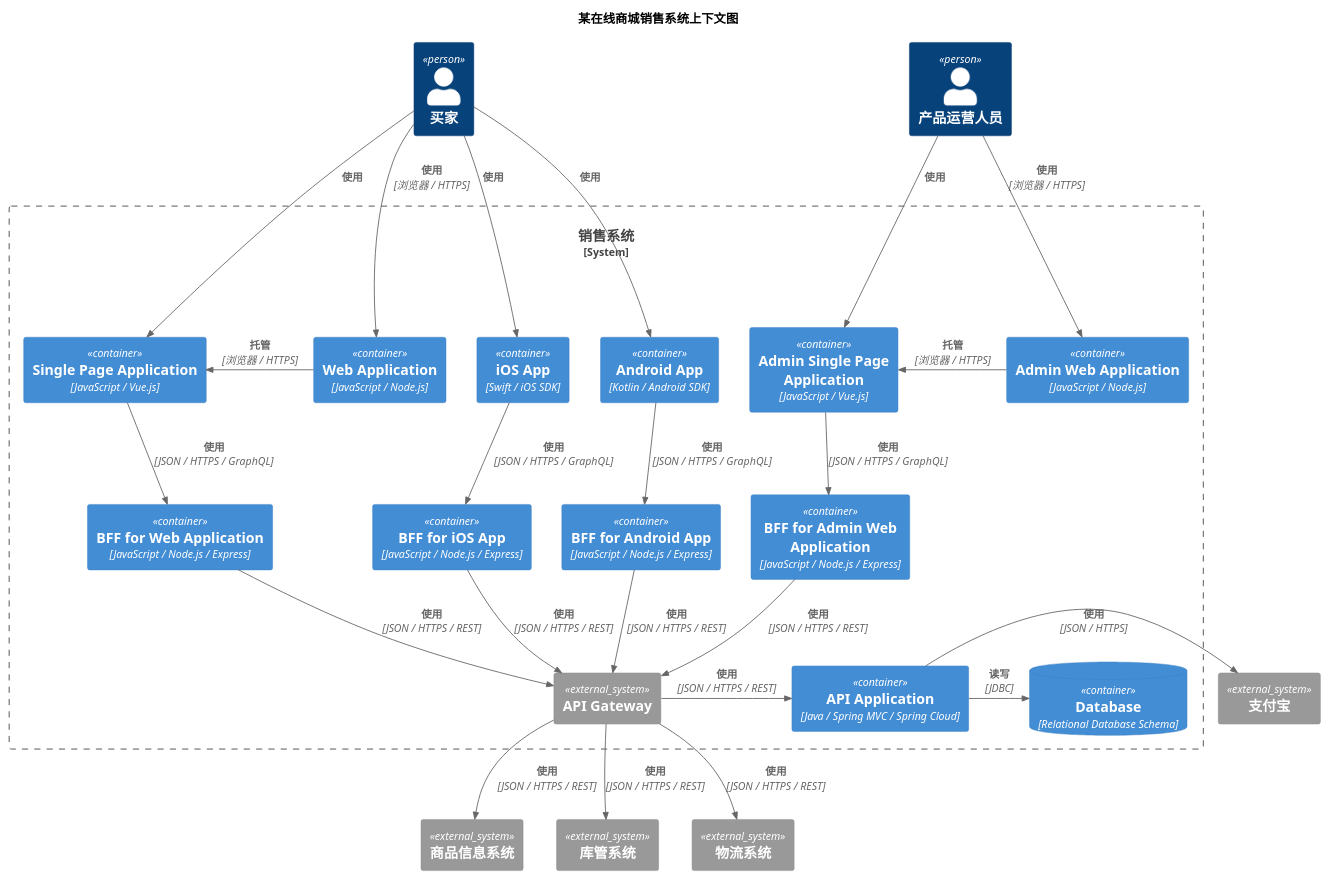
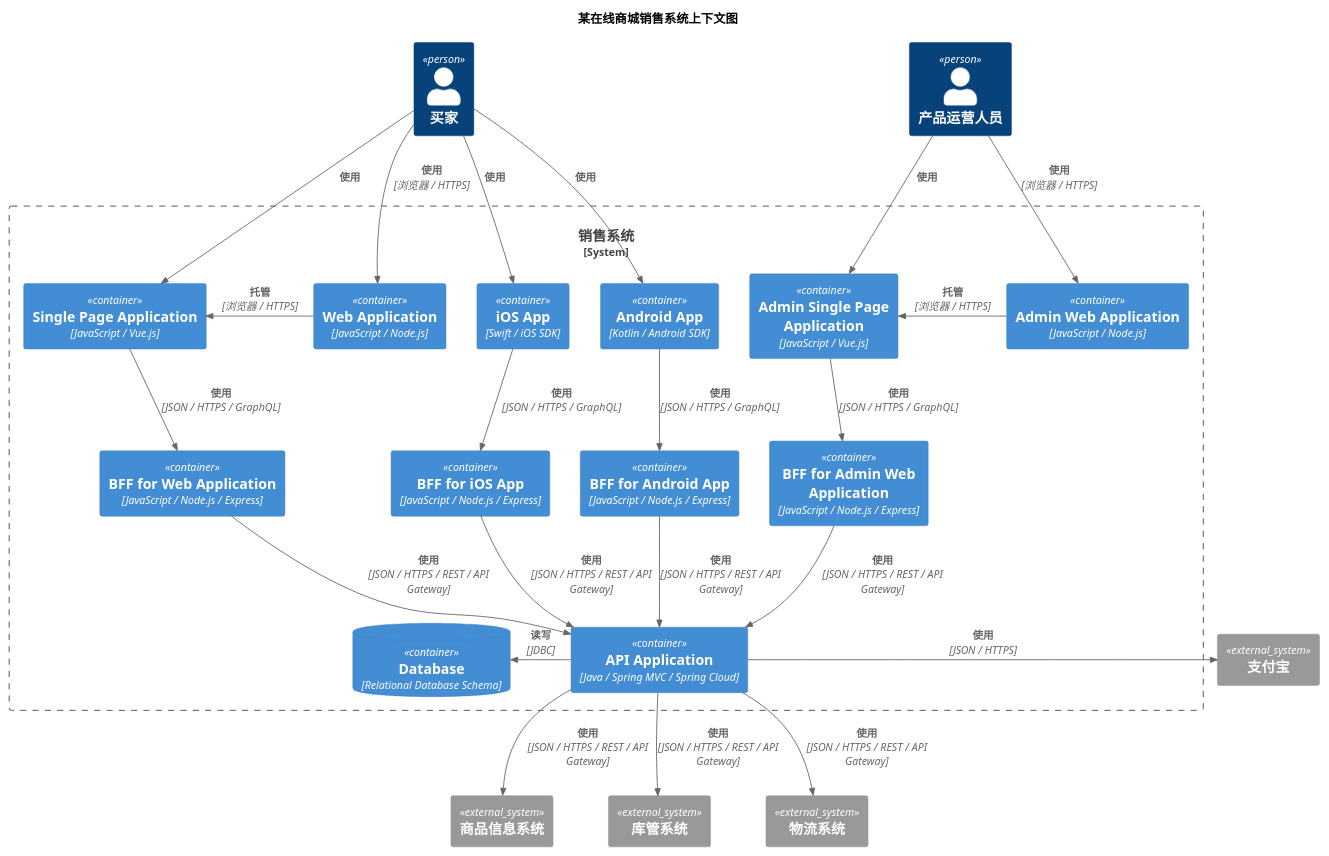
The diagram in jingxi-mall-container.puml (howiehu/c4-plantuml-demo), drawn with PlantUML before and after one commit.

```diff
--- a/jingxi-mall-container.puml
+++ b/jingxi-mall-container.puml
@@ -1,76 +1,61 @@
 @startuml
 !includeurl https://raw.githubusercontent.com/RicardoNiepel/C4-PlantUML/release/1-0/C4_Container.puml
 
 title 某在线商城销售系统上下文图
 
 Person(customer, "买家")
 Person(operator, "产品运营人员")
 
 System_Ext(alipay, "支付宝")
 
 System_Boundary(mall, "销售系统"){
     Container(spa, "Single Page Application", "JavaScript / Vue.js")
     Container(web, "Web Application", "JavaScript / Node.js")
     Container(ios, "iOS App", "Swift / iOS SDK")
     Container(android, "Android App", "Kotlin / Android SDK")
     Container(spa_admin, "Admin Single Page Application", "JavaScript / Vue.js")
     Container(web_admin, "Admin Web Application", "JavaScript / Node.js")
 
     Container(bff_web, "BFF for Web Application", "JavaScript / Node.js / Express")
     Container(bff_web_admin, "BFF for Admin Web Application", "JavaScript / Node.js / Express")
     Container(bff_ios, "BFF for iOS App", "JavaScript / Node.js / Express")
     Container(bff_android, "BFF for Android App", "JavaScript / Node.js / Express")
 
     Container(mall_api, "API Application", "Java / Spring MVC / Spring Cloud")
     ContainerDb(mall_db, "Database", "Relational Database Schema")
-
-    System_Ext(api_gateway, "API Gateway")
 }
 
 System_Ext(goods_info, "商品信息系统")
 System_Ext(warhouse, "库管系统")
 System_Ext(logistics, "物流系统")
 
 Rel(customer, spa, "使用")
 Rel(customer, web, "使用", "浏览器 / HTTPS")
 Rel(customer, ios, "使用")
 Rel(customer, android, "使用")
 
 Rel(operator, spa_admin, "使用")
 Rel(operator, web_admin, "使用", "浏览器 / HTTPS")
 
 Rel_Back_Neighbor(spa, web, "托管", "浏览器 / HTTPS")
 Rel(spa, bff_web, "使用", "JSON / HTTPS / GraphQL")
 
 Rel_Back_Neighbor(spa_admin, web_admin, "托管", "浏览器 / HTTPS")
 Rel(spa_admin, bff_web_admin, "使用", "JSON / HTTPS / GraphQL")
 
 Rel(ios, bff_ios, "使用", "JSON / HTTPS / GraphQL")
 Rel(android, bff_android, "使用", "JSON / HTTPS / GraphQL")
 
-Rel(bff_web, api_gateway, "使用", "JSON / HTTPS / REST")
-Rel(bff_web_admin, api_gateway, "使用", "JSON / HTTPS / REST")
-Rel(bff_ios, api_gateway, "使用", "JSON / HTTPS / REST")
-Rel(bff_android, api_gateway, "使用", "JSON / HTTPS / REST")
+Rel(bff_web, mall_api, "使用", "JSON / HTTPS / REST / API Gateway")
+Rel(bff_web_admin, mall_api, "使用", "JSON / HTTPS / REST / API Gateway")
+Rel(bff_ios, mall_api, "使用", "JSON / HTTPS / REST / API Gateway")
+Rel(bff_android, mall_api, "使用", "JSON / HTTPS / REST / API Gateway")
 
 Rel_Neighbor(mall_api, alipay, "使用", "JSON / HTTPS")
-' Rel_Neighbor(mall_api, api_gateway, "使用", "JSON / HTTPS")
+Rel(mall_api, goods_info, "使用", "JSON / HTTPS / REST / API Gateway")
+Rel(mall_api, warhouse, "使用", "JSON / HTTPS / REST / API Gateway")
+Rel(mall_api, logistics, "使用", "JSON / HTTPS / REST / API Gateway")
 
-Rel_Neighbor(api_gateway, mall_api, "使用", "JSON / HTTPS / REST")
-Rel(api_gateway, goods_info, "使用", "JSON / HTTPS / REST")
-Rel(api_gateway, warhouse, "使用", "JSON / HTTPS / REST")
-Rel(api_gateway, logistics, "使用", "JSON / HTTPS / REST")
-
-Rel_Neighbor(mall_api, mall_db, "读写", "JDBC")
-
-' Rel(customer, mall, "使用")
-' Rel_Back(customer, alipay, "发送支付入口给")
-
-' Rel_Neighbor(operator, mall, "使用")
-
-' Rel(mall, goods_info, "使用")
-' Rel_Neighbor(mall, alipay, "使用...进行支付")
-' Rel(mall, warhouse, "使用")
-' Rel(mall, logistics, "使用")
+Rel_Back_Neighbor(mall_db, mall_api, "读写", "JDBC")
 
 @enduml
```
